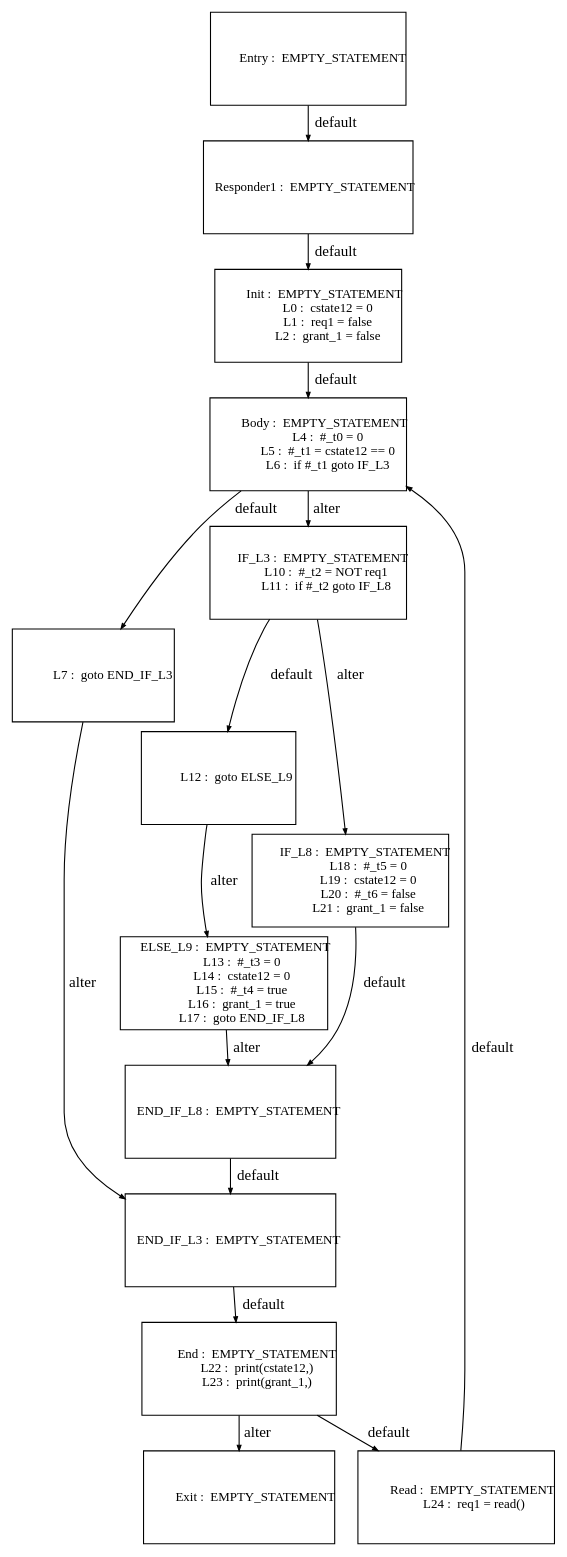
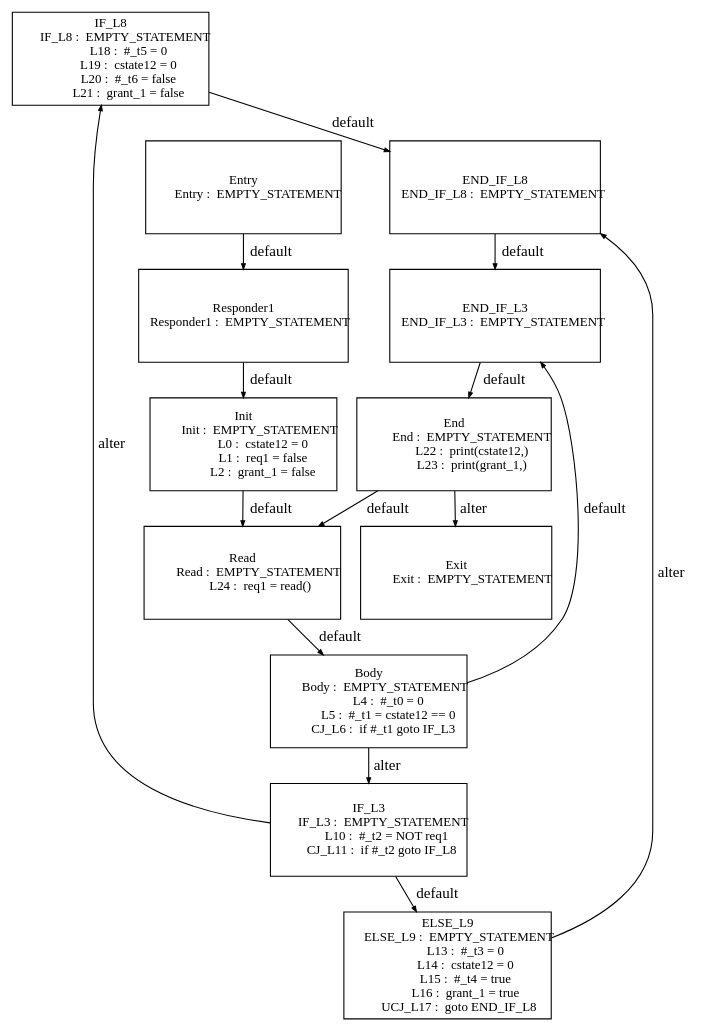
One commit to Geoffrey1014/ST_DSE changed the diagram in tests_programs/paper1_tests/Responder1_output/Graph_CP_0.dot. Above: the diagram before and after it, drawn with Graphviz. The commit also changed 172 other files, not shown here.

```diff
--- a/tests_programs/paper1_tests/Responder1_output/Graph_CP_0.dot
+++ b/tests_programs/paper1_tests/Responder1_output/Graph_CP_0.dot
@@ -1,139 +1,169 @@
 digraph G {
   ranksep=.25;
   edge [arrowsize=.5]
   node [shape=rectangle, fontname="ArialNarrow",
         fontsize=12,  height=1.2];
-  "     Responder1 :  EMPTY_STATEMENT
-"; "           Init :  EMPTY_STATEMENT
+  "IF_L8
+          IF_L8 :  EMPTY_STATEMENT
+            L18 :  #_t5 = 0
+            L19 :  cstate12 = 0
+            L20 :  #_t6 = false
+            L21 :  grant_1 = false
+"; "IF_L3
+          IF_L3 :  EMPTY_STATEMENT
+            L10 :  #_t2 = NOT req1
+         CJ_L11 :  if #_t2 goto IF_L8
+"; "END_IF_L8
+      END_IF_L8 :  EMPTY_STATEMENT
+"; "End
+            End :  EMPTY_STATEMENT
+            L22 :  print(cstate12,)
+            L23 :  print(grant_1,)
+"; "Init
+           Init :  EMPTY_STATEMENT
              L0 :  cstate12 = 0
              L1 :  req1 = false
              L2 :  grant_1 = false
-"; "           Body :  EMPTY_STATEMENT
-             L4 :  #_t0 = 0
-             L5 :  #_t1 = cstate12 == 0
-             L6 :  if #_t1 goto IF_L3
-"; "             L7 :  goto END_IF_L3
-"; "          IF_L3 :  EMPTY_STATEMENT
-            L10 :  #_t2 = NOT req1
-            L11 :  if #_t2 goto IF_L8
-"; "            L12 :  goto ELSE_L9
-"; "        ELSE_L9 :  EMPTY_STATEMENT
+"; "ELSE_L9
+        ELSE_L9 :  EMPTY_STATEMENT
             L13 :  #_t3 = 0
             L14 :  cstate12 = 0
             L15 :  #_t4 = true
             L16 :  grant_1 = true
-            L17 :  goto END_IF_L8
-"; "          IF_L8 :  EMPTY_STATEMENT
-            L18 :  #_t5 = 0
-            L19 :  cstate12 = 0
-            L20 :  #_t6 = false
-            L21 :  grant_1 = false
-"; "      END_IF_L8 :  EMPTY_STATEMENT
-"; "      END_IF_L3 :  EMPTY_STATEMENT
-"; "          Entry :  EMPTY_STATEMENT
-"; "            End :  EMPTY_STATEMENT
-            L22 :  print(cstate12,)
-            L23 :  print(grant_1,)
-"; "           Exit :  EMPTY_STATEMENT
-"; "           Read :  EMPTY_STATEMENT
+        UCJ_L17 :  goto END_IF_L8
+"; "END_IF_L3
+      END_IF_L3 :  EMPTY_STATEMENT
+"; "Entry
+          Entry :  EMPTY_STATEMENT
+"; "Responder1
+     Responder1 :  EMPTY_STATEMENT
+"; "Read
+           Read :  EMPTY_STATEMENT
             L24 :  req1 = read()
+"; "Exit
+           Exit :  EMPTY_STATEMENT
+"; "Body
+           Body :  EMPTY_STATEMENT
+             L4 :  #_t0 = 0
+             L5 :  #_t1 = cstate12 == 0
+          CJ_L6 :  if #_t1 goto IF_L3
 "; 
-  "     Responder1 :  EMPTY_STATEMENT
-" -> "           Init :  EMPTY_STATEMENT
+  "Responder1
+     Responder1 :  EMPTY_STATEMENT
+" -> "Init
+           Init :  EMPTY_STATEMENT
              L0 :  cstate12 = 0
              L1 :  req1 = false
              L2 :  grant_1 = false
 "  [label="default"];
-  "           Init :  EMPTY_STATEMENT
+  "Init
+           Init :  EMPTY_STATEMENT
              L0 :  cstate12 = 0
              L1 :  req1 = false
              L2 :  grant_1 = false
-" -> "           Body :  EMPTY_STATEMENT
+" -> "Read
+           Read :  EMPTY_STATEMENT
+            L24 :  req1 = read()
+"  [label="default"];
+  "Body
+           Body :  EMPTY_STATEMENT
              L4 :  #_t0 = 0
              L5 :  #_t1 = cstate12 == 0
-             L6 :  if #_t1 goto IF_L3
+          CJ_L6 :  if #_t1 goto IF_L3
+" -> "END_IF_L3
+      END_IF_L3 :  EMPTY_STATEMENT
 "  [label="default"];
-  "           Body :  EMPTY_STATEMENT
+  "Body
+           Body :  EMPTY_STATEMENT
              L4 :  #_t0 = 0
              L5 :  #_t1 = cstate12 == 0
-             L6 :  if #_t1 goto IF_L3
-" -> "             L7 :  goto END_IF_L3
+          CJ_L6 :  if #_t1 goto IF_L3
+" -> "IF_L3
+          IF_L3 :  EMPTY_STATEMENT
+            L10 :  #_t2 = NOT req1
+         CJ_L11 :  if #_t2 goto IF_L8
+"  [label="alter"];
+  "IF_L3
+          IF_L3 :  EMPTY_STATEMENT
+            L10 :  #_t2 = NOT req1
+         CJ_L11 :  if #_t2 goto IF_L8
+" -> "ELSE_L9
+        ELSE_L9 :  EMPTY_STATEMENT
+            L13 :  #_t3 = 0
+            L14 :  cstate12 = 0
+            L15 :  #_t4 = true
+            L16 :  grant_1 = true
+        UCJ_L17 :  goto END_IF_L8
 "  [label="default"];
-  "           Body :  EMPTY_STATEMENT
-             L4 :  #_t0 = 0
-             L5 :  #_t1 = cstate12 == 0
-             L6 :  if #_t1 goto IF_L3
-" -> "          IF_L3 :  EMPTY_STATEMENT
+  "IF_L3
+          IF_L3 :  EMPTY_STATEMENT
             L10 :  #_t2 = NOT req1
-            L11 :  if #_t2 goto IF_L8
-"  [label="alter"];
-  "             L7 :  goto END_IF_L3
-" -> "      END_IF_L3 :  EMPTY_STATEMENT
-"  [label="alter"];
-  "          IF_L3 :  EMPTY_STATEMENT
-            L10 :  #_t2 = NOT req1
-            L11 :  if #_t2 goto IF_L8
-" -> "            L12 :  goto ELSE_L9
-"  [label="default"];
-  "          IF_L3 :  EMPTY_STATEMENT
-            L10 :  #_t2 = NOT req1
-            L11 :  if #_t2 goto IF_L8
-" -> "          IF_L8 :  EMPTY_STATEMENT
+         CJ_L11 :  if #_t2 goto IF_L8
+" -> "IF_L8
+          IF_L8 :  EMPTY_STATEMENT
             L18 :  #_t5 = 0
             L19 :  cstate12 = 0
             L20 :  #_t6 = false
             L21 :  grant_1 = false
 "  [label="alter"];
-  "            L12 :  goto ELSE_L9
-" -> "        ELSE_L9 :  EMPTY_STATEMENT
+  "ELSE_L9
+        ELSE_L9 :  EMPTY_STATEMENT
             L13 :  #_t3 = 0
             L14 :  cstate12 = 0
             L15 :  #_t4 = true
             L16 :  grant_1 = true
-            L17 :  goto END_IF_L8
+        UCJ_L17 :  goto END_IF_L8
+" -> "END_IF_L8
+      END_IF_L8 :  EMPTY_STATEMENT
 "  [label="alter"];
-  "        ELSE_L9 :  EMPTY_STATEMENT
-            L13 :  #_t3 = 0
-            L14 :  cstate12 = 0
-            L15 :  #_t4 = true
-            L16 :  grant_1 = true
-            L17 :  goto END_IF_L8
-" -> "      END_IF_L8 :  EMPTY_STATEMENT
-"  [label="alter"];
-  "          IF_L8 :  EMPTY_STATEMENT
+  "IF_L8
+          IF_L8 :  EMPTY_STATEMENT
             L18 :  #_t5 = 0
             L19 :  cstate12 = 0
             L20 :  #_t6 = false
             L21 :  grant_1 = false
-" -> "      END_IF_L8 :  EMPTY_STATEMENT
+" -> "END_IF_L8
+      END_IF_L8 :  EMPTY_STATEMENT
 "  [label="default"];
-  "      END_IF_L8 :  EMPTY_STATEMENT
-" -> "      END_IF_L3 :  EMPTY_STATEMENT
+  "END_IF_L8
+      END_IF_L8 :  EMPTY_STATEMENT
+" -> "END_IF_L3
+      END_IF_L3 :  EMPTY_STATEMENT
 "  [label="default"];
-  "      END_IF_L3 :  EMPTY_STATEMENT
-" -> "            End :  EMPTY_STATEMENT
+  "END_IF_L3
+      END_IF_L3 :  EMPTY_STATEMENT
+" -> "End
+            End :  EMPTY_STATEMENT
             L22 :  print(cstate12,)
             L23 :  print(grant_1,)
 "  [label="default"];
-  "          Entry :  EMPTY_STATEMENT
-" -> "     Responder1 :  EMPTY_STATEMENT
+  "Entry
+          Entry :  EMPTY_STATEMENT
+" -> "Responder1
+     Responder1 :  EMPTY_STATEMENT
 "  [label="default"];
-  "            End :  EMPTY_STATEMENT
+  "End
+            End :  EMPTY_STATEMENT
             L22 :  print(cstate12,)
             L23 :  print(grant_1,)
-" -> "           Read :  EMPTY_STATEMENT
+" -> "Read
+           Read :  EMPTY_STATEMENT
             L24 :  req1 = read()
 "  [label="default"];
-  "            End :  EMPTY_STATEMENT
+  "End
+            End :  EMPTY_STATEMENT
             L22 :  print(cstate12,)
             L23 :  print(grant_1,)
-" -> "           Exit :  EMPTY_STATEMENT
+" -> "Exit
+           Exit :  EMPTY_STATEMENT
 "  [label="alter"];
-  "           Read :  EMPTY_STATEMENT
+  "Read
+           Read :  EMPTY_STATEMENT
             L24 :  req1 = read()
-" -> "           Body :  EMPTY_STATEMENT
+" -> "Body
+           Body :  EMPTY_STATEMENT
              L4 :  #_t0 = 0
              L5 :  #_t1 = cstate12 == 0
-             L6 :  if #_t1 goto IF_L3
+          CJ_L6 :  if #_t1 goto IF_L3
 "  [label="default"];
 }
```
